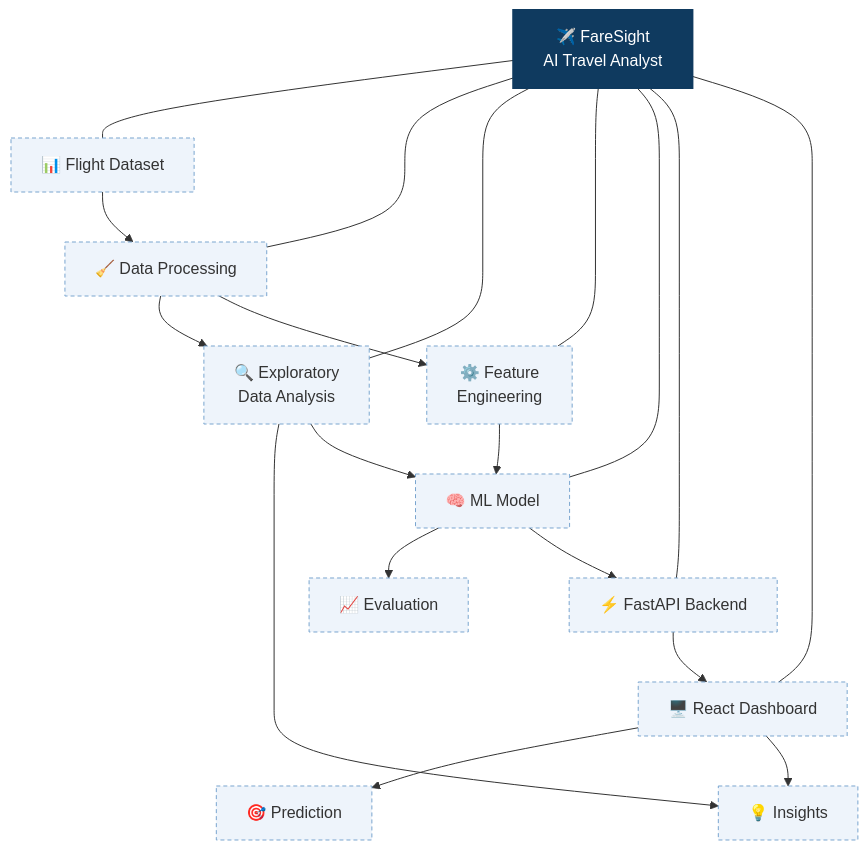
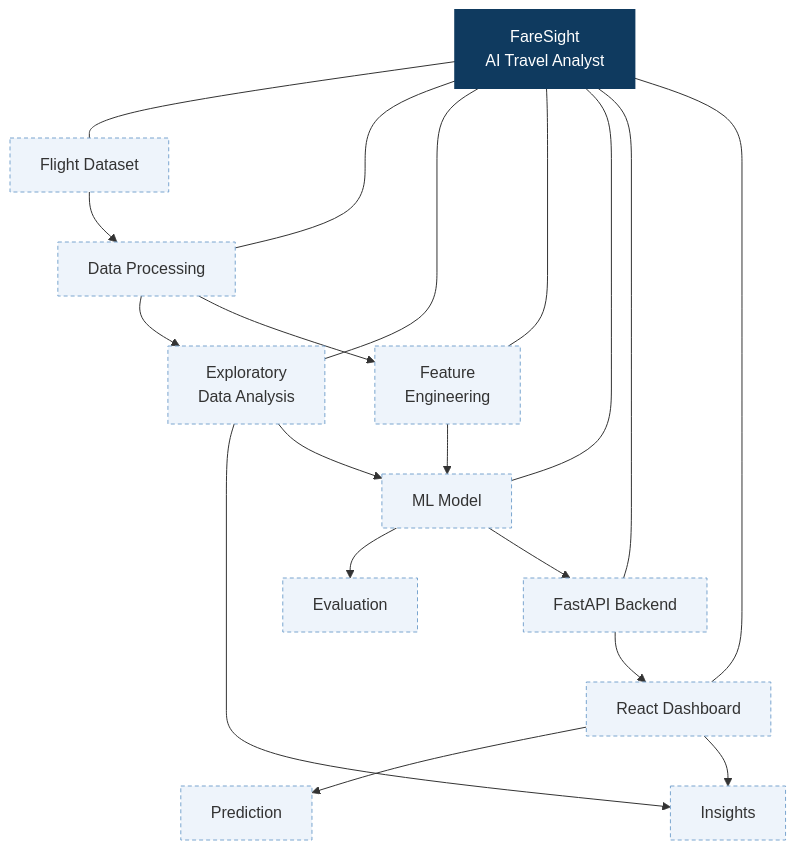
The first of 3 diagrams in README.md (buildwithsoumya/FareSight), drawn with Mermaid before and after one commit. The commit also changed other lines of this file, not shown here.

````diff
--- a/README.md
+++ b/README.md
@@ -68,39 +68,39 @@
 ```mermaid
 flowchart TD
-    FS["✈️ FareSight<br/>AI Travel Analyst"]
-    DS["📊 Flight Dataset"]
-    DP["🧹 Data Processing"]
-    EDA["🔍 Exploratory<br/>Data Analysis"]
-    FE["⚙️ Feature<br/>Engineering"]
-    ML["🧠 ML Model"]
-    EVAL["📈 Evaluation"]
-    API["⚡ FastAPI Backend"]
-    UI["🖥️ React Dashboard"]
-    PRED["🎯 Prediction"]
-    INS["💡 Insights"]
+    FS["FareSight<br/>AI Travel Analyst"]
+    DS["Flight Dataset"]
+    DP["Data Processing"]
+    EDA["Exploratory<br/>Data Analysis"]
+    FE["Feature<br/>Engineering"]
+    ML["ML Model"]
+    EVAL["Evaluation"]
+    API["FastAPI Backend"]
+    UI["React Dashboard"]
+    PRED["Prediction"]
+    INS["Insights"]
 
     FS --- DS
     FS --- DP
     FS --- EDA
     FS --- FE
     FS --- ML
     FS --- API
     FS --- UI
 
     DS --> DP
     DP --> EDA
     DP --> FE
     EDA --> INS
     EDA --> ML
     FE --> ML
     ML --> EVAL
     ML --> API
     API --> UI
     UI --> PRED
     UI --> INS
 
     classDef core fill:#0f3a5f,color:#fff,stroke:#0f3a5f,stroke-width:2px;
     classDef planned fill:#eef4fb,stroke:#7aa5cf,stroke-dasharray:4 3;
     class FS core;
     class DS,DP,EDA,FE,ML,EVAL,API,UI,PRED,INS planned;
 ```
````
